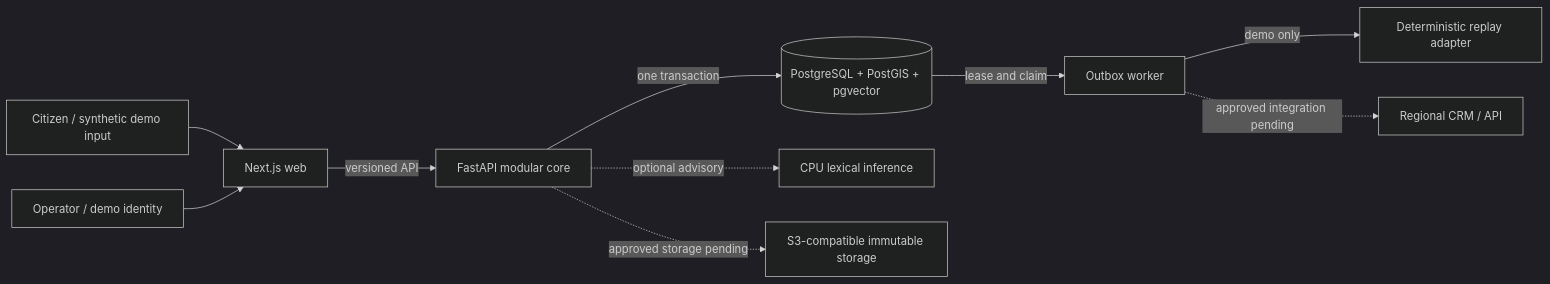
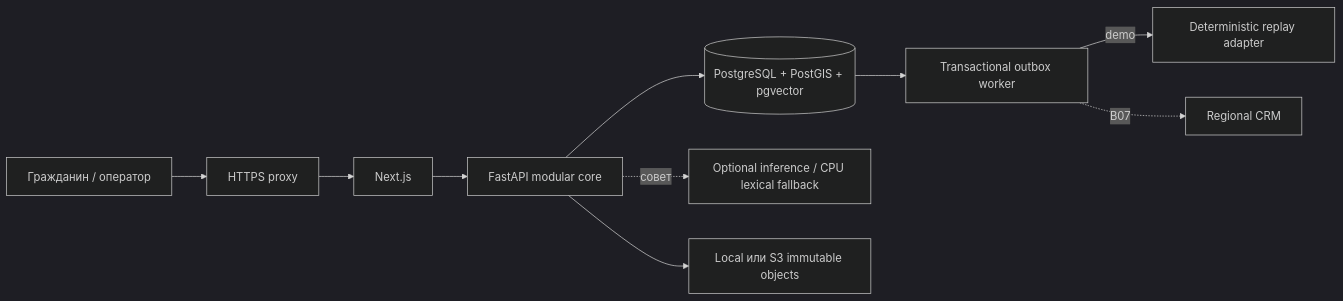
Before and after one commit to BAITC-Hacks/hack-803e2c8f-baash: the first of 5 diagrams in docs/architecture/README.md, drawn with Mermaid (dark theme). The commit also changed other lines of this file and 30 other files, not shown here.

````diff
--- a/docs/architecture/README.md
+++ b/docs/architecture/README.md
@@ -7,12 +9,12 @@
 ```mermaid
 flowchart LR
-    Citizen[Citizen / synthetic demo input] --> Web[Next.js web]
-    Operator[Operator / demo identity] --> Web
-    Web -->|versioned API| Core[FastAPI modular core]
-    Core -->|one transaction| PG[(PostgreSQL + PostGIS + pgvector)]
-    Core -. optional advisory .-> Inference[CPU lexical inference]
-    PG -->|lease and claim| Worker[Outbox worker]
-    Worker -->|demo only| Replay[Deterministic replay adapter]
-    Worker -. approved integration pending .-> Regional[Regional CRM / API]
-    Core -. approved storage pending .-> Objects[S3-compatible immutable storage]
+    Browser[Гражданин / оператор] --> Edge[HTTPS proxy]
+    Edge --> Web[Next.js]
+    Web --> Core[FastAPI modular core]
+    Core --> DB[(PostgreSQL + PostGIS + pgvector)]
+    Core -. совет .-> ML[Optional inference / CPU lexical fallback]
+    DB --> Worker[Transactional outbox worker]
+    Worker -->|demo| Replay[Deterministic replay adapter]
+    Worker -. B07 .-> CRM[Regional CRM]
+    Core --> Objects[Local или S3 immutable objects]
 ```
````
